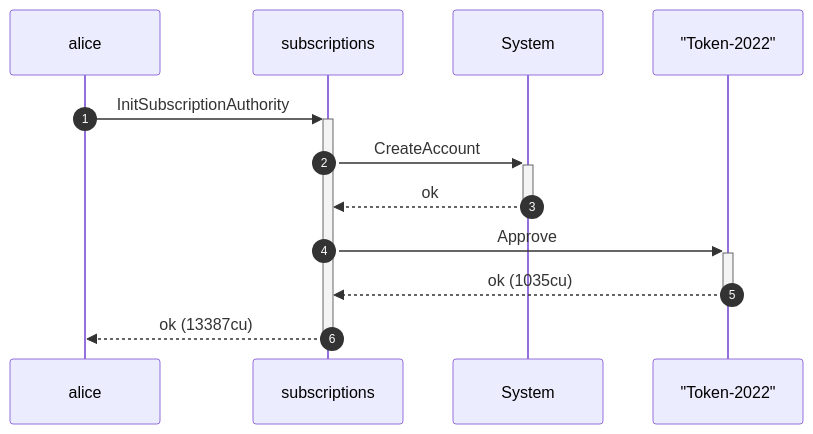
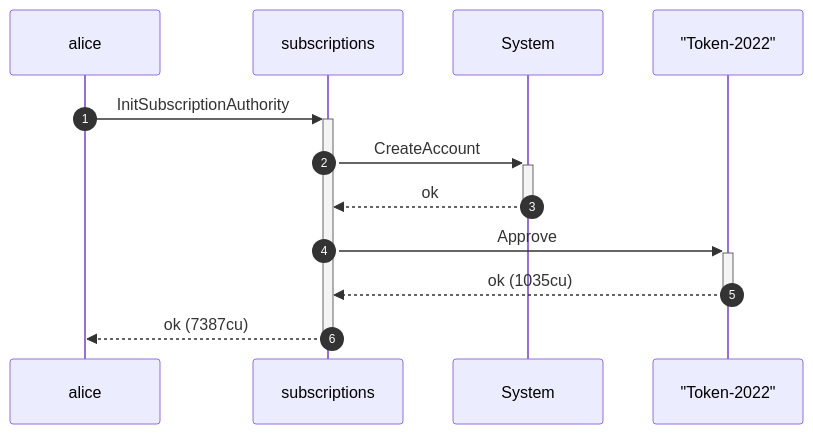
One commit to cds-rs/subscriptions changed the second of 12 diagrams in dsl_tests/fixed-transfer-over-a-token-2022-confidential-transfer-mint.md. Above: the diagram before and after it, drawn with Mermaid. The commit also changed other lines of this file and 224 other files, not shown here.

````diff
--- a/dsl_tests/fixed-transfer-over-a-token-2022-confidential-transfer-mint.md
+++ b/dsl_tests/fixed-transfer-over-a-token-2022-confidential-transfer-mint.md
@@ -38,14 +39,14 @@
 ```mermaid
 sequenceDiagram
     autonumber
     participant alice
     participant subscriptions
     participant System
     participant Token_2022 as "Token-2022"
     alice ->>+ subscriptions: InitSubscriptionAuthority
     subscriptions ->>+ System: CreateAccount
     System -->>- subscriptions: ok
     subscriptions ->>+ Token_2022: Approve
     Token_2022 -->>- subscriptions: ok (1035cu)
-    subscriptions -->>- alice: ok (13387cu)
+    subscriptions -->>- alice: ok (7387cu)
 ```
````
